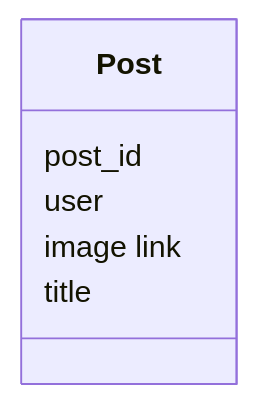
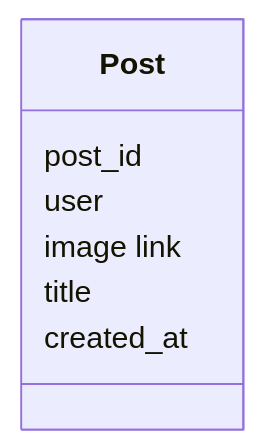
The seventh of 8 diagrams in System Design/System Design(Case Study)/02. Read Heavy System/03. Design Instagram.md (Chitlangia-Vedant/Obsidian), drawn with Mermaid before and after one commit. The commit also changed other lines of this file, not shown here.

````diff
--- a/System Design/System Design(Case Study)/02. Read Heavy System/03. Design Instagram.md
+++ b/System Design/System Design(Case Study)/02. Read Heavy System/03. Design Instagram.md
@@ -86,9 +92,10 @@
 ```mermaid
 classDiagram
 class Post{
 post_id
 user
 image link 
 title
+created_at
 }
 ```
````
